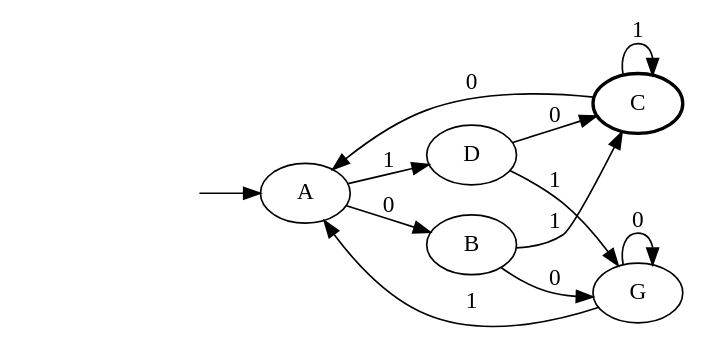
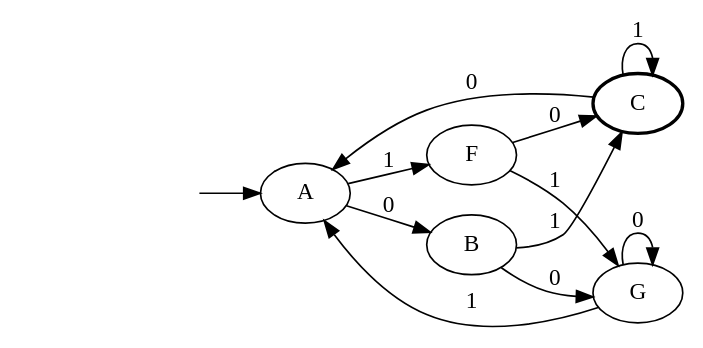
The diagram in af1.dot (Nikephore/GJA-J_07_2), drawn with Graphviz before and after one commit. The commit also changed 8 other files, not shown here.

```diff
--- a/af1.dot
+++ b/af1.dot
@@ -1,19 +1,19 @@
 digraph af1  { rankdir=LR;
 	_invisible [style="invis"];
 	C [penwidth="2"];
 	A;
 	G;
 	B;
-	D;
+	F;
 	_invisible -> A ;
 	C -> A [label="0"];
 	C -> C [label="1"];
 	A -> B [label="0"];
-	A -> D [label="1"];
+	A -> F [label="1"];
 	G -> G [label="0"];
 	G -> A [label="1"];
 	B -> G [label="0"];
 	B -> C [label="1"];
-	D -> C [label="0"];
-	D -> G [label="1"];
+	F -> C [label="0"];
+	F -> G [label="1"];
 }
```
